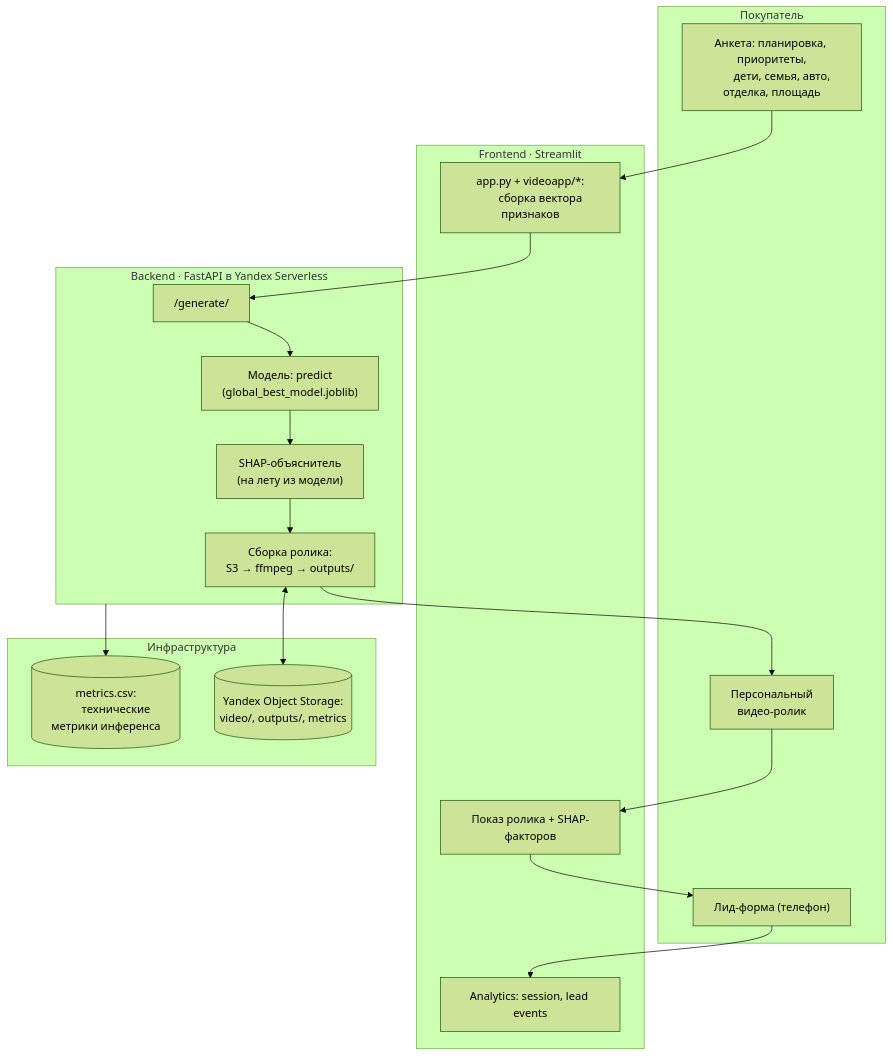
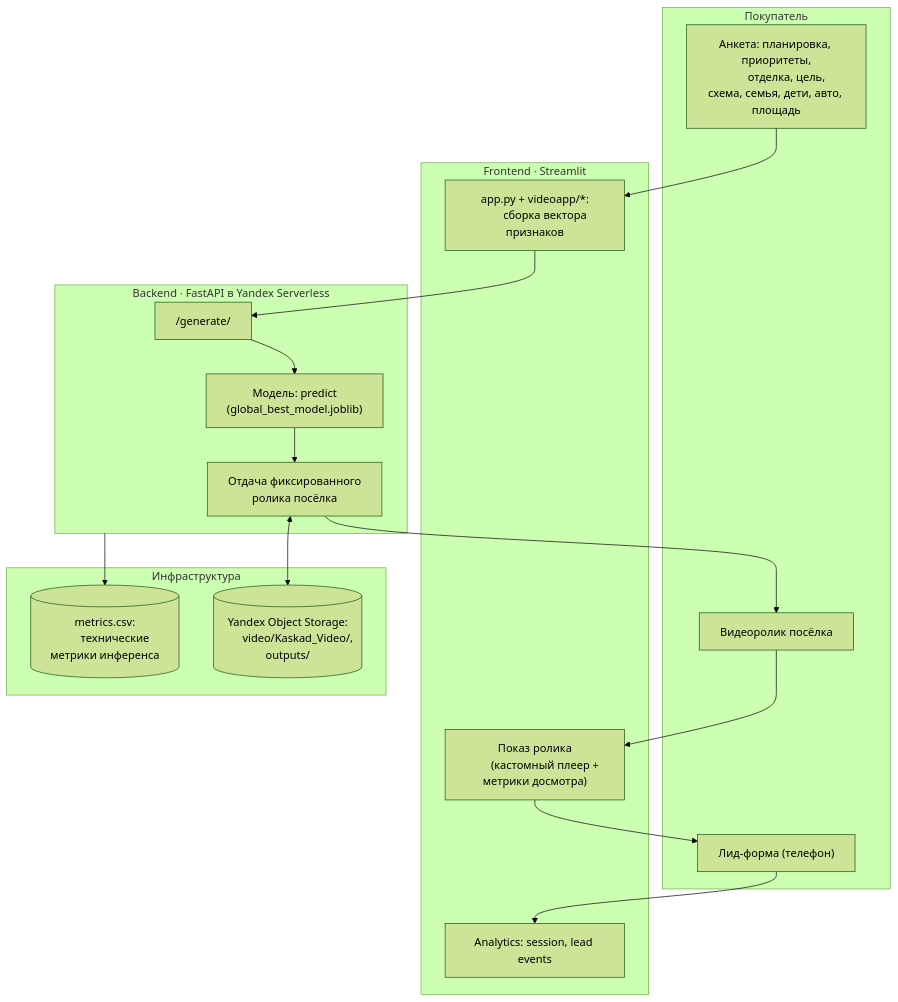
Before and after one commit to AnnaKuznetsova-dotcom/video_app_a_production: the first of 3 diagrams in docs/model_lifecycle.md, drawn with Mermaid (forest theme). The commit also changed other lines of this file and 60 other files, not shown here.

````diff
--- a/docs/model_lifecycle.md
+++ b/docs/model_lifecycle.md
@@ -12,38 +13,37 @@
 ```mermaid
 flowchart TB
     subgraph CLIENT["Покупатель"]
         Q["Анкета: планировка, приоритеты,
-        дети, семья, авто, отделка, площадь"]
-        V["Персональный
-        видео-ролик"]
+        отделка, цель, схема, семья, дети, авто, площадь"]
+        V["Видеоролик посёлка"]
         L["Лид-форма (телефон)"]
     end
 
     subgraph FE["Frontend · Streamlit"]
         F1["app.py + videoapp/*:
         сборка вектора признаков"]
-        F2["Показ ролика + SHAP-факторов"]
+        F2["Показ ролика
+        (кастомный плеер + метрики досмотра)"]
         F3[" Analytics: session, lead events"]
     end
 
     subgraph BE["Backend · FastAPI в Yandex Serverless"]
         B1["/generate/"]
         B2["Модель: predict
         (global_best_model.joblib)"]
-        B3["SHAP-объяснитель
-        (на лету из модели)"]
-        B4["Сборка ролика:
-        S3 → ffmpeg → outputs/"]
+        B3["Отдача фиксированного
+        ролика посёлка"]
     end
 
     subgraph INFRA["Инфраструктура"]
         S3[("Yandex Object Storage:
-        video/, outputs/, metrics")]
+        video/Kaskad_Video/, outputs/")]
         M[("metrics.csv:
         технические метрики инференса")]
     end
 
-    Q --> F1 --> B1 --> B2 --> B3 --> B4 --> V --> F2 --> L --> F3
-    B4 <--> S3
+    Q --> F1 --> B1
+    B1 --> B2 --> B3 --> V --> F2 --> L --> F3
+    B3 <--> S3
     BE --> M
 ```
````
